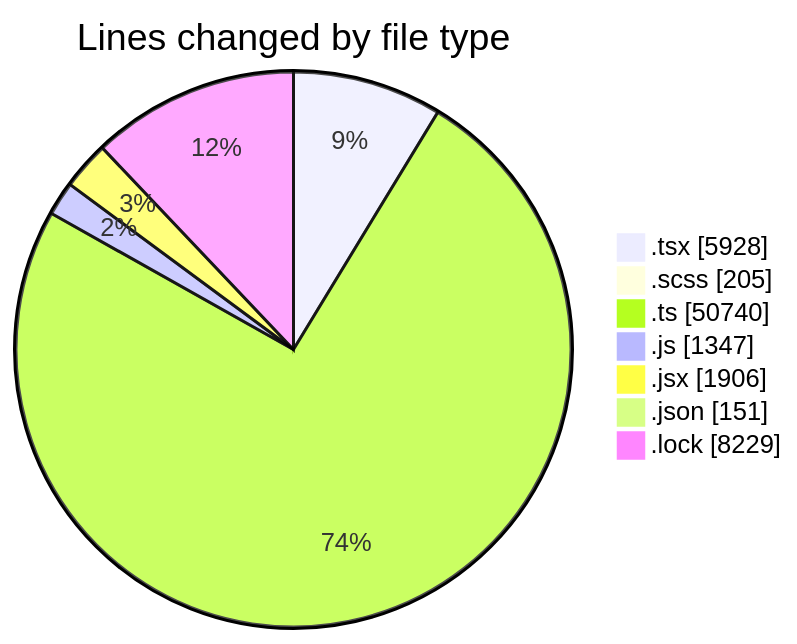
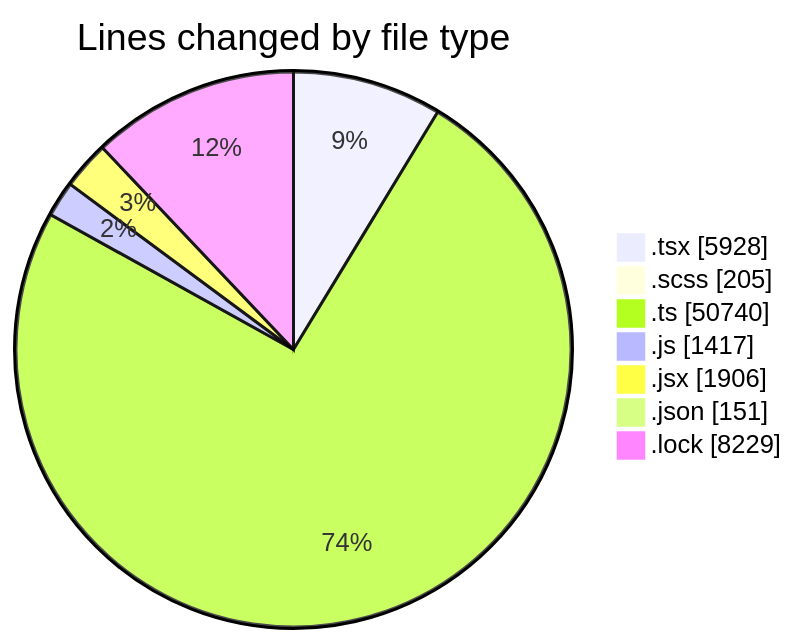
The first of 2 diagrams in 2026-09-10/cda/README.md (momahboobian/code-tracking), drawn with Mermaid before and after one commit. The commit also changed other lines of this file and 1 other file, not shown here.

````diff
--- a/2026-09-10/cda/README.md
+++ b/2026-09-10/cda/README.md
@@ -89,11 +90,11 @@
 ```mermaid
 pie showData
 title Lines changed by file type
 ".tsx" : 5928
 ".scss" : 205
 ".ts" : 50740
-".js" : 1347
+".js" : 1417
 ".jsx" : 1906
 ".json" : 151
 ".lock" : 8229
 ```
````
